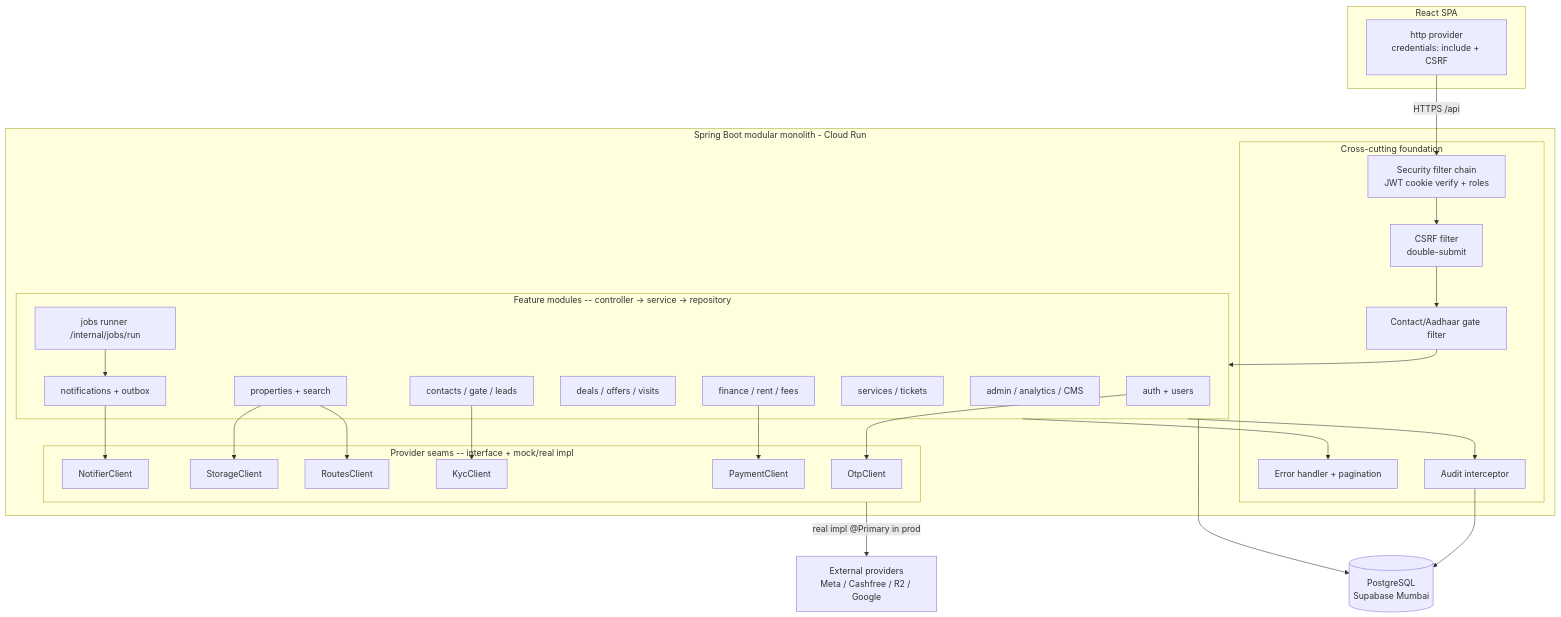
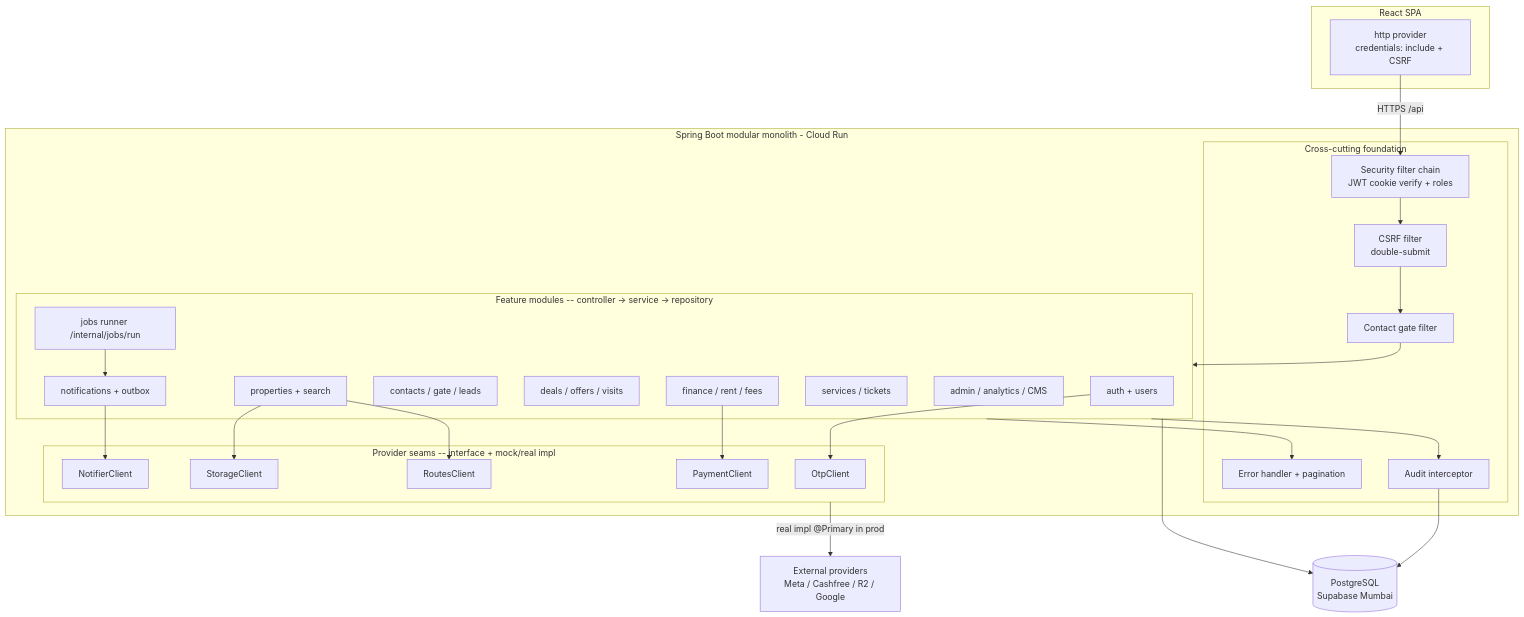
The third of 11 diagrams in docs/system/platform-architecture.md (yatishpatil101/Learning), drawn with Mermaid before and after one commit. The commit also changed other lines of this file and 50 other files, not shown here.

````diff
--- a/docs/system/platform-architecture.md
+++ b/docs/system/platform-architecture.md
@@ -342,53 +341,51 @@
 ```mermaid
 graph TB
     subgraph SPA[React SPA]
         HTTP[http provider<br/>credentials: include + CSRF]
     end
 
     subgraph API[Spring Boot modular monolith - Cloud Run]
         subgraph XC[Cross-cutting foundation]
             SEC[Security filter chain<br/>JWT cookie verify + roles]
             CSRF[CSRF filter<br/>double-submit]
-            GATE[Contact/Aadhaar gate filter]
+            GATE[Contact gate filter]
             ERR[Error handler + pagination]
             AUD[Audit interceptor]
         end
 
         subgraph FEAT[Feature modules -- controller -> service -> repository]
             AUTHM[auth + users]
             PROP[properties + search]
             CONTACT[contacts / gate / leads]
             DEALS[deals / offers / visits]
             FIN[finance / rent / fees]
             SVC[services / tickets]
             ADMIN[admin / analytics / CMS]
             NOTIF[notifications + outbox]
             JOBS[jobs runner /internal/jobs/run]
         end
 
         subgraph SEAMS[Provider seams -- interface + mock/real impl]
             OTPC[OtpClient]
-            KYCC[KycClient]
             PAYC[PaymentClient]
             NOTC[NotifierClient]
             STOC[StorageClient]
             MAPC[RoutesClient]
         end
     end
 
     DB[(PostgreSQL<br/>Supabase Mumbai)]
     EXT[External providers<br/>Meta / Cashfree / R2 / Google]
 
     HTTP -->|HTTPS /api| SEC --> CSRF --> GATE --> FEAT
     FEAT --> ERR
     FEAT --> AUD --> DB
     FEAT --> DB
     AUTHM --> OTPC
-    CONTACT --> KYCC
     FIN --> PAYC
     NOTIF --> NOTC
     PROP --> STOC
     PROP --> MAPC
     JOBS --> NOTIF
     SEAMS -->|real impl @Primary in prod| EXT
 ```
````
